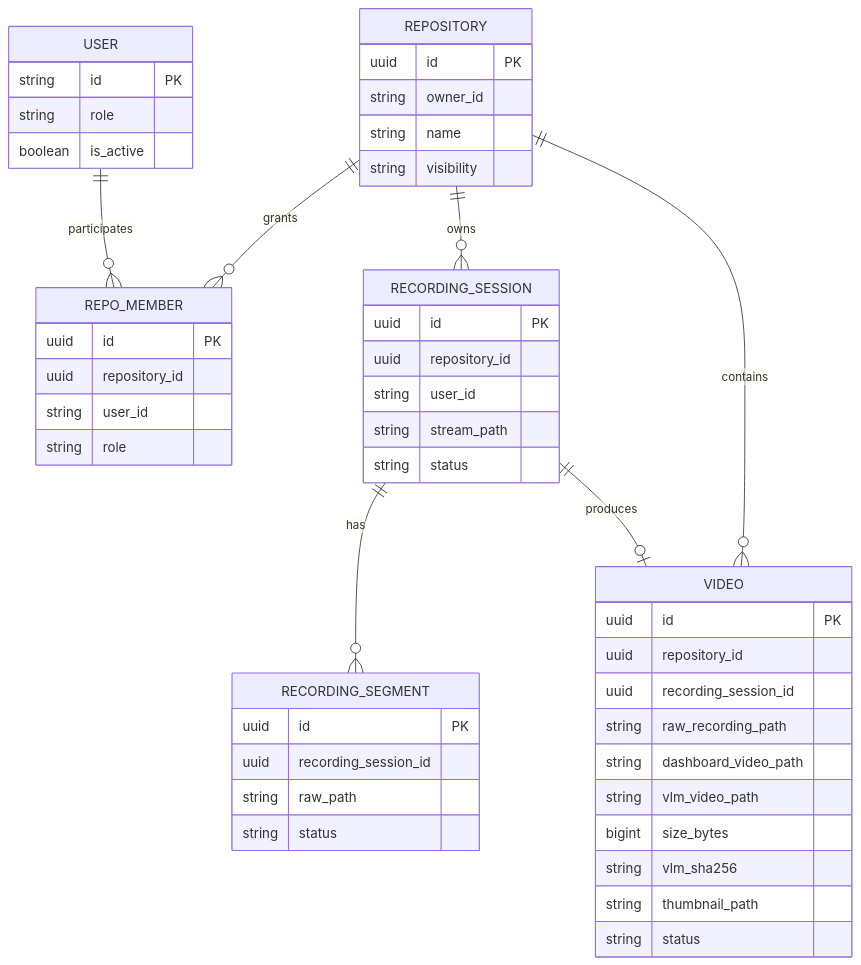
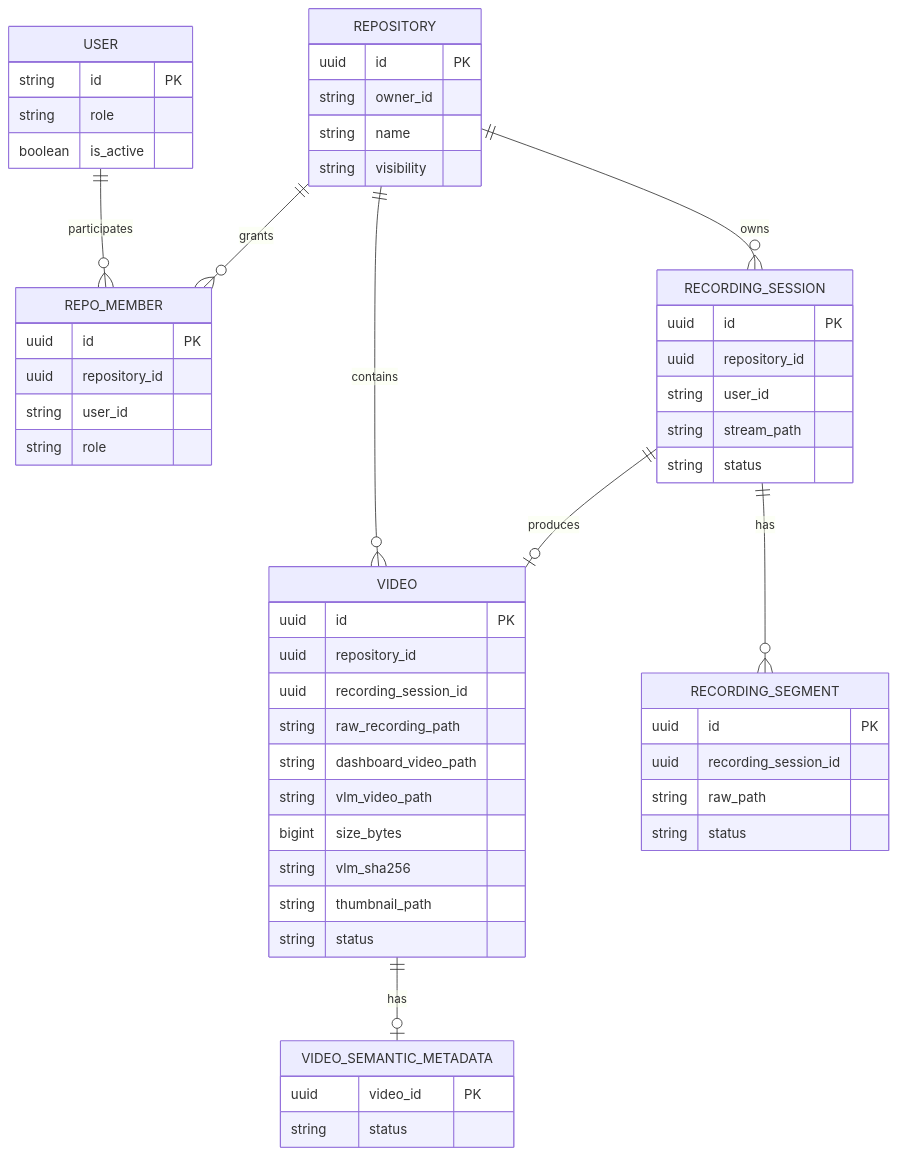
Before and after one commit to ego-flow/ego-flow-server: the second of 2 diagrams in docs/04. project_architecture.md, drawn with Mermaid. The commit also changed other lines of this file and 11 other files, not shown here.

Commit message:
[Backend] Video semantic metadata 분리

````diff
--- a/docs/04. project_architecture.md
+++ b/docs/04. project_architecture.md
@@ -70,57 +70,63 @@
 ```mermaid
 erDiagram
     USER ||--o{ REPO_MEMBER : participates
     REPOSITORY ||--o{ REPO_MEMBER : grants
     REPOSITORY ||--o{ RECORDING_SESSION : owns
     REPOSITORY ||--o{ VIDEO : contains
     RECORDING_SESSION ||--o{ RECORDING_SEGMENT : has
     RECORDING_SESSION ||--o| VIDEO : produces
+    VIDEO ||--o| VIDEO_SEMANTIC_METADATA : has
 
     USER {
         string id PK
         string role
         boolean is_active
     }
 
     REPOSITORY {
         uuid id PK
         string owner_id
         string name
         string visibility
     }
 
     REPO_MEMBER {
         uuid id PK
         uuid repository_id
         string user_id
         string role
     }
 
     RECORDING_SESSION {
         uuid id PK
         uuid repository_id
         string user_id
         string stream_path
         string status
     }
 
     RECORDING_SEGMENT {
         uuid id PK
         uuid recording_session_id
         string raw_path
         string status
     }
 
     VIDEO {
         uuid id PK
         uuid repository_id
         uuid recording_session_id
         string raw_recording_path
         string dashboard_video_path
         string vlm_video_path
         bigint size_bytes
         string vlm_sha256
         string thumbnail_path
         string status
     }
+
+    VIDEO_SEMANTIC_METADATA {
+        uuid video_id PK
+        string status
+    }
 ```
````
